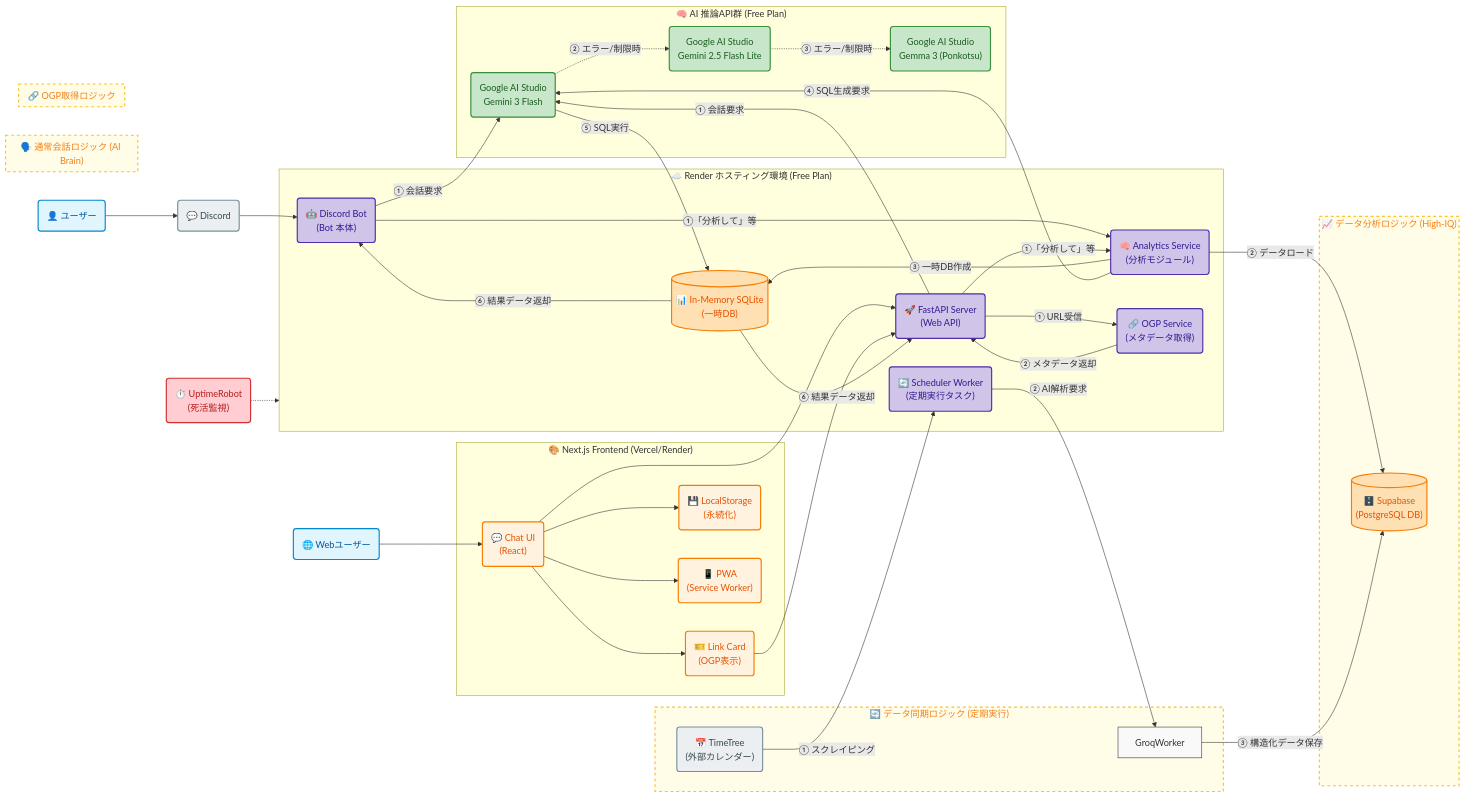
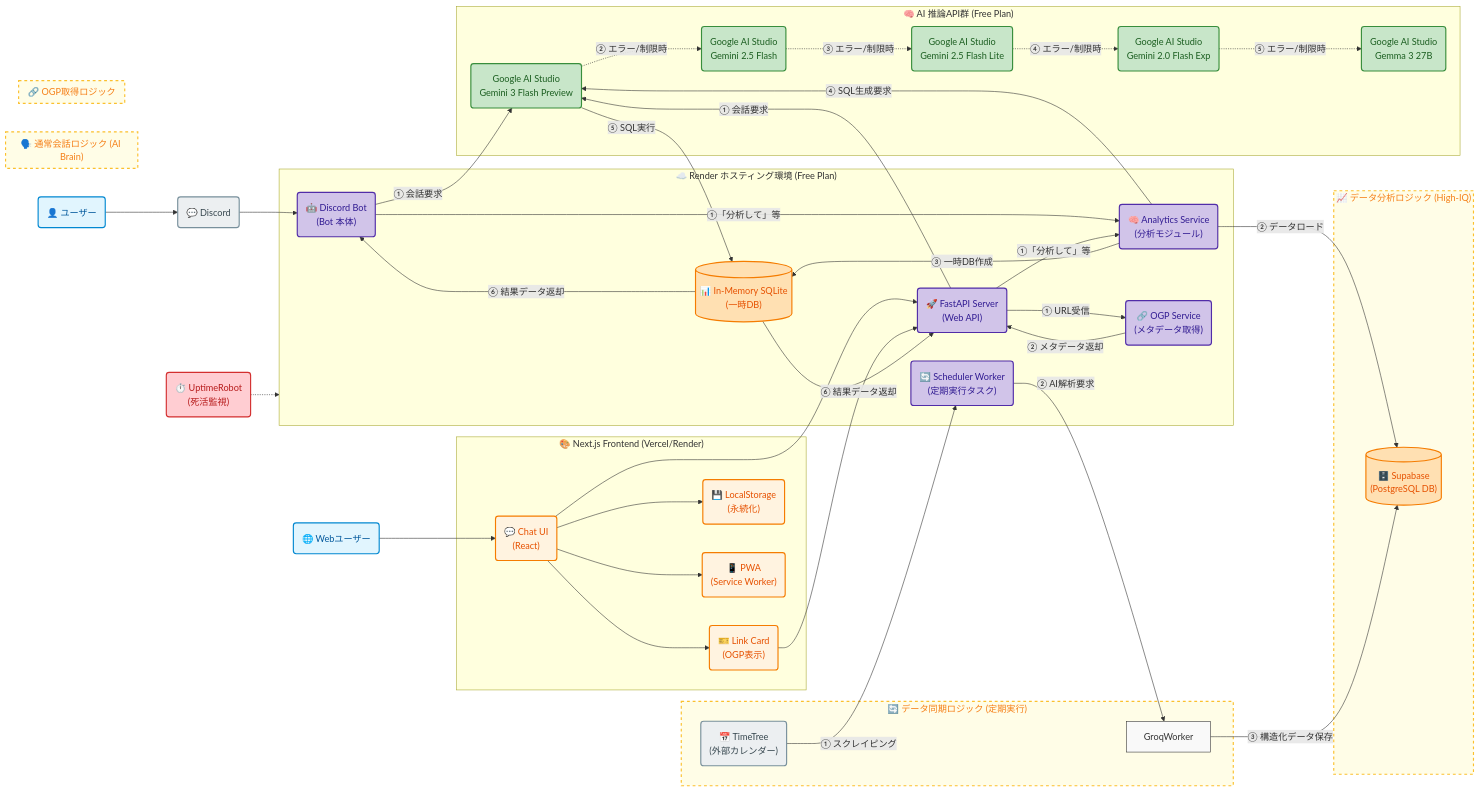
The diagram in docs/SPEC.md (kawada612-bit/ai-mau-bot), drawn with Mermaid before and after one commit. The commit also changed other lines of this file and 1 other file, not shown here.

```diff
--- a/docs/SPEC.md
+++ b/docs/SPEC.md
@@ -44,9 +44,11 @@
 
     %% 外部AIサービス群
     subgraph AI_Services ["🧠 AI 推論API群 (Free Plan)"]
-        GeminiMain("Google AI Studio<br>Gemini 3 Flash"):::ai
-        GeminiSub("Google AI Studio<br>Gemini 2.5 Flash Lite"):::ai
-        GeminiBackup("Google AI Studio<br>Gemma 3 (Ponkotsu)"):::ai
+        Gemini3Flash("Google AI Studio<br>Gemini 3 Flash Preview"):::ai
+        Gemini25Flash("Google AI Studio<br>Gemini 2.5 Flash"):::ai
+        GeminiLite("Google AI Studio<br>Gemini 2.5 Flash Lite"):::ai
+        Gemini20Exp("Google AI Studio<br>Gemini 2.0 Flash Exp"):::ai
+        Gemma3("Google AI Studio<br>Gemma 3 27B"):::ai
     end
 
     %% 外部データベース・他サービス
@@ -73,10 +75,12 @@
 
     %% 1. 通常会話ロジック (Discord)
     subgraph Logic_Brain ["🗣️ 通常会話ロジック (AI Brain)"]
-        Bot -->|"① 会話要求"| GeminiMain
-        FastAPI -->|"① 会話要求"| GeminiMain
-        GeminiMain -.->|"② エラー/制限時"| GeminiSub
-        GeminiSub -.->|"③ エラー/制限時"| GeminiBackup
+        Bot -->|"① 会話要求"| Gemini3Flash
+        FastAPI -->|"① 会話要求"| Gemini3Flash
+        Gemini3Flash -.->|"② エラー/制限時"| Gemini25Flash
+        Gemini25Flash -.->|"③ エラー/制限時"| GeminiLite
+        GeminiLite -.->|"④ エラー/制限時"| Gemini20Exp
+        Gemini20Exp -.->|"⑤ エラー/制限時"| Gemma3
     end
 
     %% 2. データ分析ロジック
@@ -85,8 +89,8 @@
         FastAPI -->|"①「分析して」等"| Analytics
         Analytics -->|"② データロード"| DB
         Analytics -->|"③ 一時DB作成"| SQLite
-        Analytics -->|"④ SQL生成要求"| GeminiMain
-        GeminiMain -->|"⑤ SQL実行"| SQLite
+        Analytics -->|"④ SQL生成要求"| Gemini3Flash
+        Gemini3Flash -->|"⑤ SQL実行"| SQLite
         SQLite -->|"⑥ 結果データ返却"| Bot
         SQLite -->|"⑥ 結果データ返却"| FastAPI
     end
```
